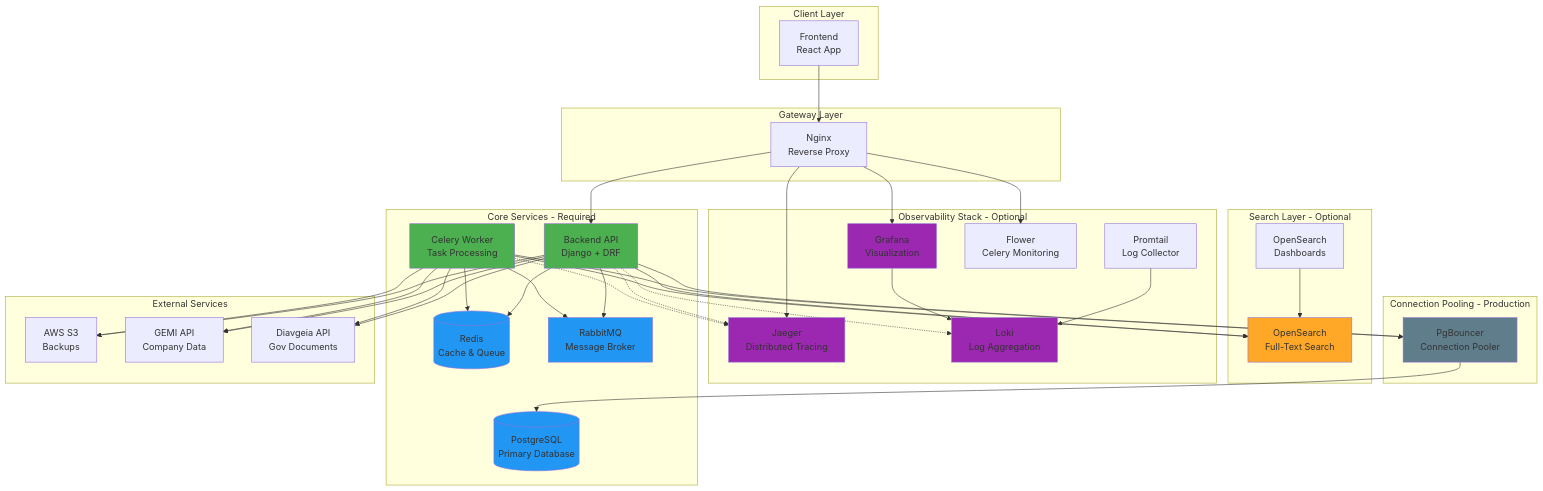
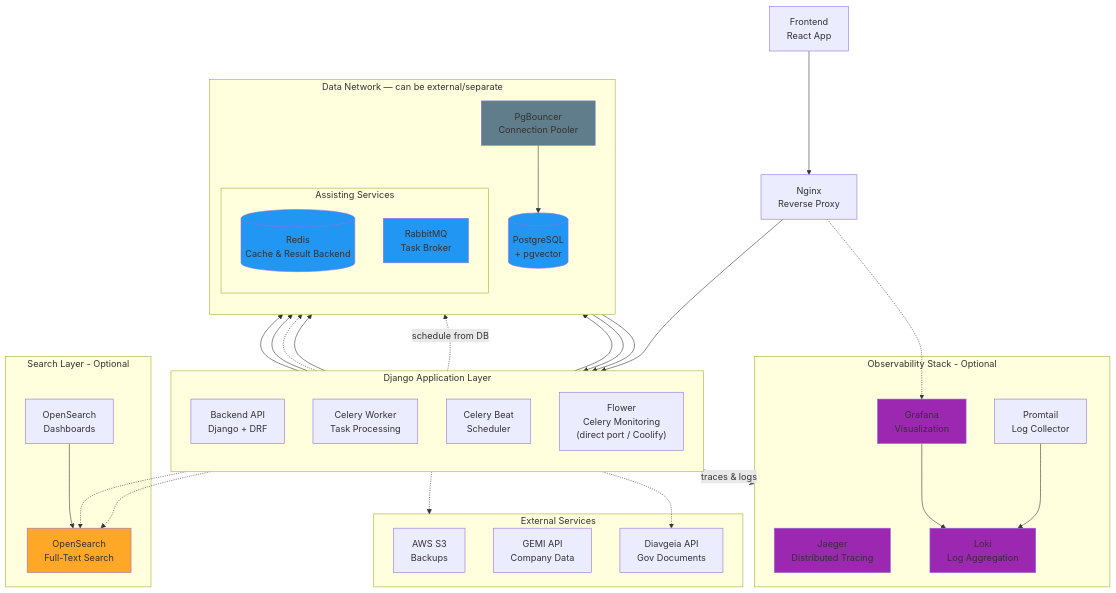
The diagram in docs/en/ARCHITECTURE.md (voulkon/crati), drawn with Mermaid before and after one commit. The commit also changed other lines of this file and 4 other files, not shown here.

Commit message:
docs: update and tidy up READMEs and docs — observability profiles, startup automation, roadmap and feature-flag accuracy

````diff
--- a/docs/en/ARCHITECTURE.md
+++ b/docs/en/ARCHITECTURE.md
@@ -9,83 +9,82 @@
 ```mermaid
 graph TB
-    subgraph "Client Layer"
-        FE[Frontend<br/>React App]
+    FE[Frontend<br/>React App] --> NGINX[Nginx<br/>Reverse Proxy]
+
+    subgraph APP["Django Application Layer"]
+        direction TB
+        API[Backend API<br/>Django + DRF]
+        WORKER[Celery Worker<br/>Task Processing]
+        BEAT[Celery Beat<br/>Scheduler]
+        FLOWER["Flower<br/>Celery Monitoring<br/>(direct port / Coolify)"]
     end
 
-    subgraph "Gateway Layer"
-        NGINX[Nginx<br/>Reverse Proxy]
+    subgraph DATA["Data Network — can be external/separate"]
+        direction TB
+        PGBOUNCER[PgBouncer<br/>Connection Pooler]
+        DB[(PostgreSQL<br/>+ pgvector)]
+        subgraph BROKERAGE["Assisting Services"]
+            REDIS[(Redis<br/>Cache & Result Backend)]
+            RABBIT[RabbitMQ<br/>Task Broker]
+        end
     end
 
-    subgraph "Core Services - Required"
-        API[Backend API<br/>Django + DRF]
-        WORKER[Celery Worker<br/>Task Processing]
-        REDIS[(Redis<br/>Cache & Queue)]
-        DB[(PostgreSQL<br/>Primary Database)]
-        RABBIT[RabbitMQ<br/>Message Broker]
+    subgraph OBS["Observability Stack - Optional"]
+        JAEGER[Jaeger<br/>Distributed Tracing]
+        LOKI[Loki<br/>Log Aggregation]
+        GRAFANA[Grafana<br/>Visualization]
+        PROMTAIL[Promtail<br/>Log Collector]
     end
 
-    subgraph "Search Layer - Optional"
+    subgraph SEARCH["Search Layer - Optional"]
         OS[OpenSearch<br/>Full-Text Search]
         OSD[OpenSearch<br/>Dashboards]
     end
 
-    subgraph "Observability Stack - Optional"
-        JAEGER[Jaeger<br/>Distributed Tracing]
-        LOKI[Loki<br/>Log Aggregation]
-        PROMTAIL[Promtail<br/>Log Collector]
-        GRAFANA[Grafana<br/>Visualization]
-        FLOWER[Flower<br/>Celery Monitoring]
-    end
-
-    subgraph "Connection Pooling - Production"
-        PGBOUNCER[PgBouncer<br/>Connection Pooler]
-    end
-
-    subgraph "External Services"
+    subgraph EXT["External Services"]
         S3[AWS S3<br/>Backups]
         GEMI[GEMI API<br/>Company Data]
         DIAVGEIA[Diavgeia API<br/>Gov Documents]
     end
 
-    FE --> NGINX
     NGINX --> API
-    NGINX --> FLOWER
-    NGINX --> JAEGER
-    NGINX --> GRAFANA
+    NGINX -.-> GRAFANA
 
+    %% Task dispatch
+    API --> RABBIT
+    RABBIT --> WORKER
+    RABBIT --> BEAT
+    BEAT -.->|schedule from DB| DB
+
+    %% Cache / results (both apps)
     API --> REDIS
-    API --> RABBIT
-    API --> OS
-    API -.-> JAEGER
-    API -.-> LOKI
+    WORKER -.-> REDIS
+
+    %% Data access through pooler
     API --> PGBOUNCER
-    API --> S3
-    API --> GEMI
-    API --> DIAVGEIA
-
-    WORKER --> RABBIT
-    WORKER --> REDIS
-    WORKER --> OS
-    WORKER -.-> JAEGER
     WORKER --> PGBOUNCER
-    WORKER --> S3
-    WORKER --> GEMI
-    WORKER --> DIAVGEIA
-
     PGBOUNCER --> DB
 
+    %% Search
+    WORKER -.-> OS
+    API -.-> OS
+
+    %% Observability as one grouped edge
+    APP -.->|"traces & logs"| OBS
+
+    %% External integrations
+    WORKER -.-> EXT
+    API -.-> DIAVGEIA
+
+    OSD --> OS
     PROMTAIL --> LOKI
     GRAFANA --> LOKI
-    OSD --> OS
 
-    style API fill:#4CAF50
-    style WORKER fill:#4CAF50
     style DB fill:#2196F3
     style REDIS fill:#2196F3
     style RABBIT fill:#2196F3
+    style PGBOUNCER fill:#607D8B
     style OS fill:#FFA726
     style JAEGER fill:#9C27B0
     style LOKI fill:#9C27B0
     style GRAFANA fill:#9C27B0
-    style PGBOUNCER fill:#607D8B
 ```
````
